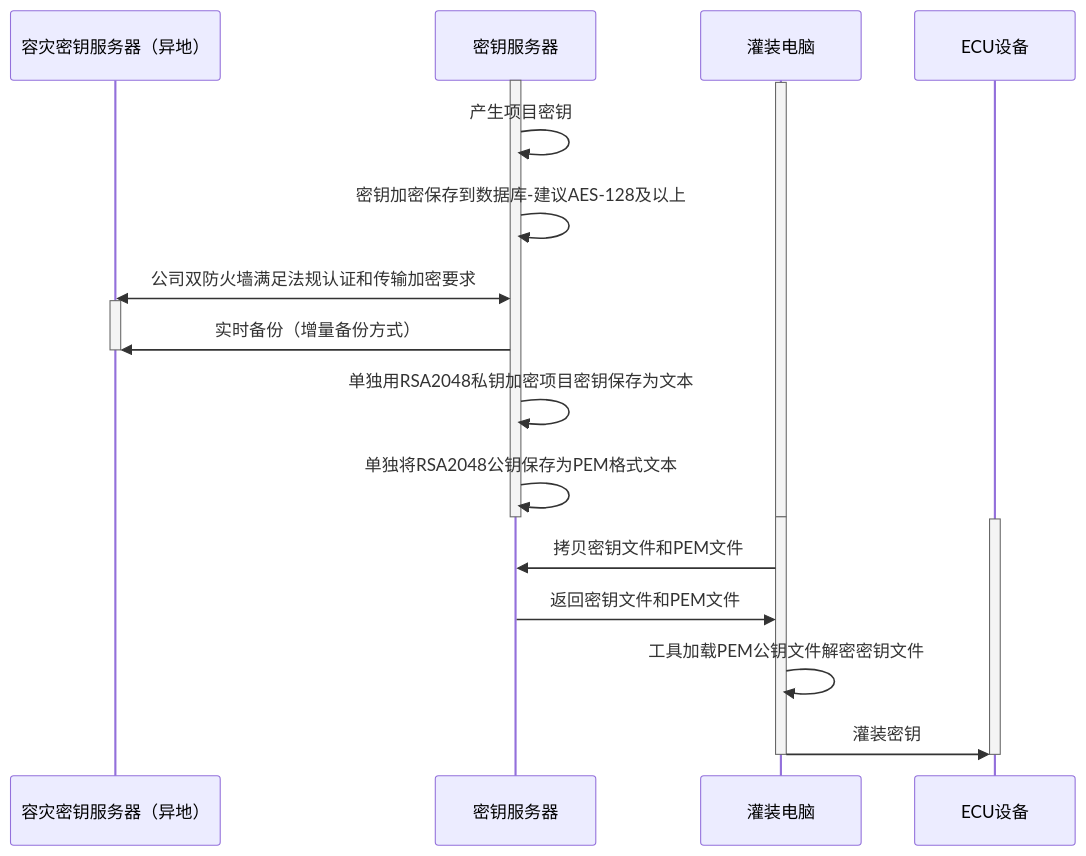
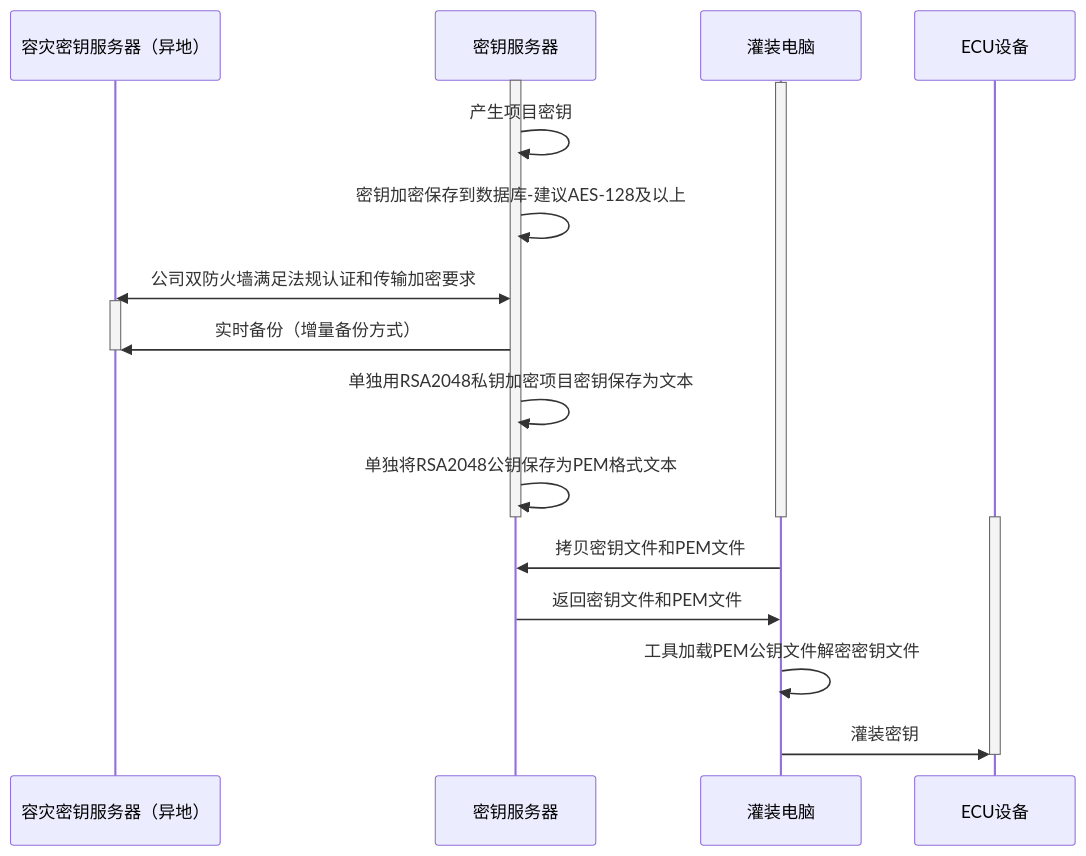
The diagram in all/未命名-15.md (facebook-cloud/iodraw-files), drawn with Mermaid before and after one commit.

Commit message:
2026-02-11 19:18:22 update

````diff
--- a/all/未命名-15.md
+++ b/all/未命名-15.md
@@ -1,33 +1,31 @@
 ```mermaid
 sequenceDiagram
     participant A as 容灾密钥服务器（异地）
     participant B as 密钥服务器
     participant D as 灌装电脑
     participant E as ECU设备
 
     activate B
     activate D
     B->>B: 产生项目密钥
     B->>B: 密钥加密保存到数据库-建议AES-128及以上
     A<<->>B: 公司双防火墙满足法规认证和传输加密要求
 
     activate A
     B->>A: 实时备份（增量备份方式）
     deactivate A
     B->>B: 单独用RSA2048私钥加密项目密钥保存为文本
     B->>B: 单独将RSA2048公钥保存为PEM格式文本
     deactivate B
     deactivate D
     
 
-    activate D
     activate E
 
     D->>B: 拷贝密钥文件和PEM文件
     B->>D: 返回密钥文件和PEM文件
     D->>D:工具加载PEM公钥文件解密密钥文件
     D->>E: 灌装密钥
-    deactivate D
     deactivate E
 
 ```
````
